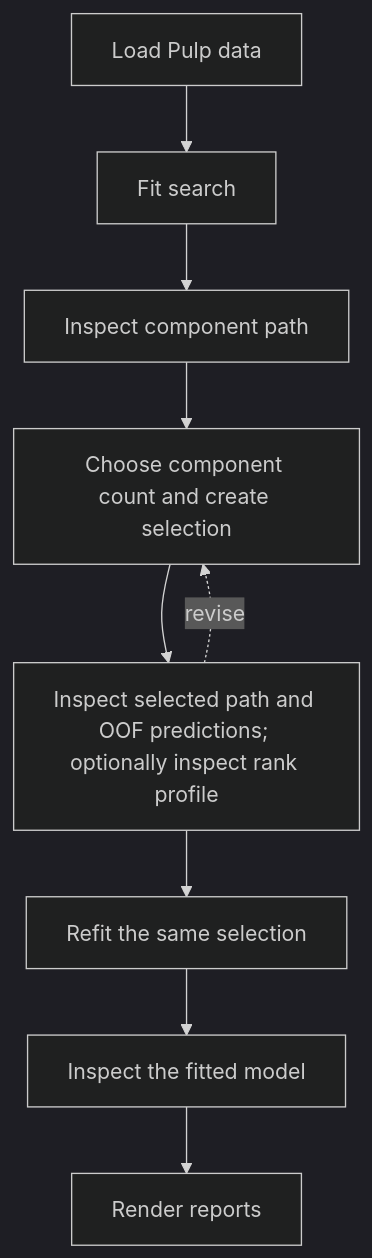
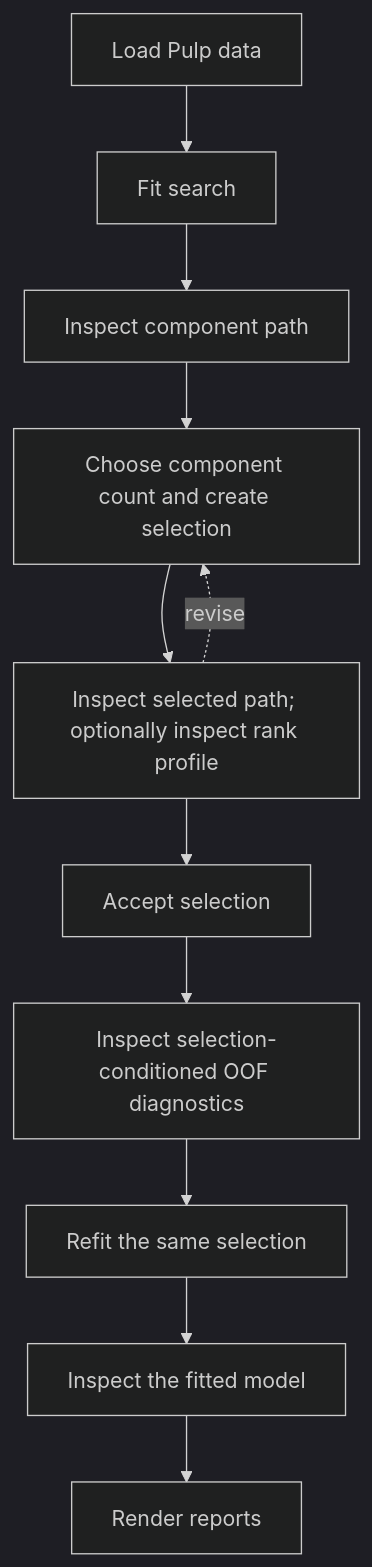
Before and after one commit to stefanlindstroem/pipls_private: the diagram in docs/tutorials/pulp.md, drawn with Mermaid (dark theme). The commit also changed other lines of this file and 5 other files, not shown here.

````diff
--- a/docs/tutorials/pulp.md
+++ b/docs/tutorials/pulp.md
@@ -23,14 +23,16 @@
 ```mermaid
 flowchart TD
     load["Load Pulp data"]
     search["Fit search"]
     path["Inspect component path"]
     select["Choose component count and create selection"]
-    review["Inspect selected path and OOF predictions; optionally inspect rank profile"]
+    review["Inspect selected path; optionally inspect rank profile"]
+    accept["Accept selection"]
+    oof["Inspect selection-conditioned OOF diagnostics"]
     refit["Refit the same selection"]
     analyze["Inspect the fitted model"]
     render["Render reports"]
 
-    load --> search --> path --> select --> review --> refit --> analyze --> render
+    load --> search --> path --> select --> review --> accept --> oof --> refit --> analyze --> render
     review -. "revise" .-> select
 ```
````
